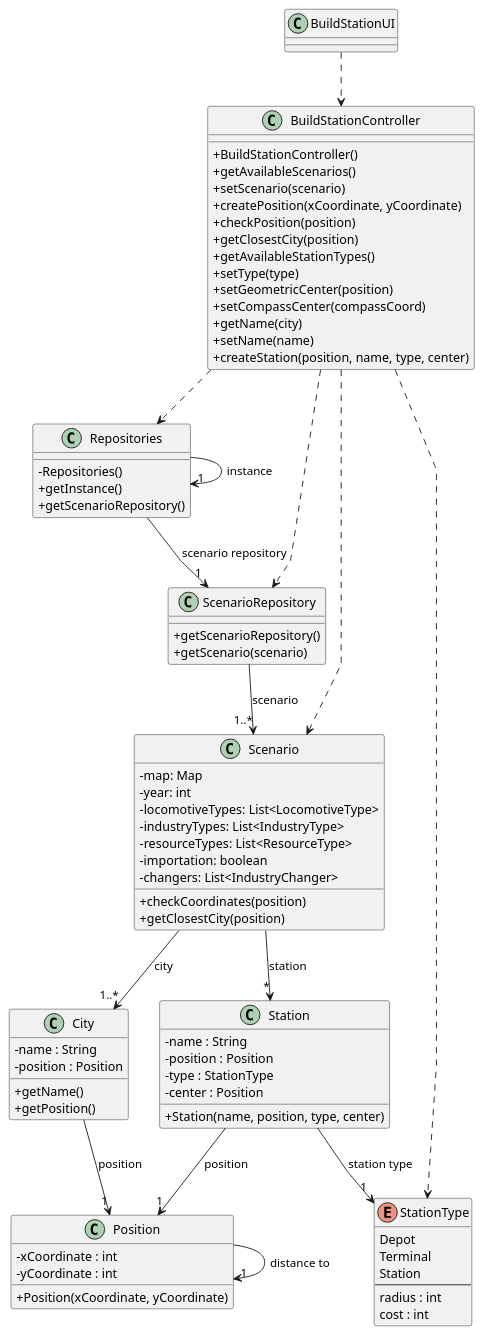
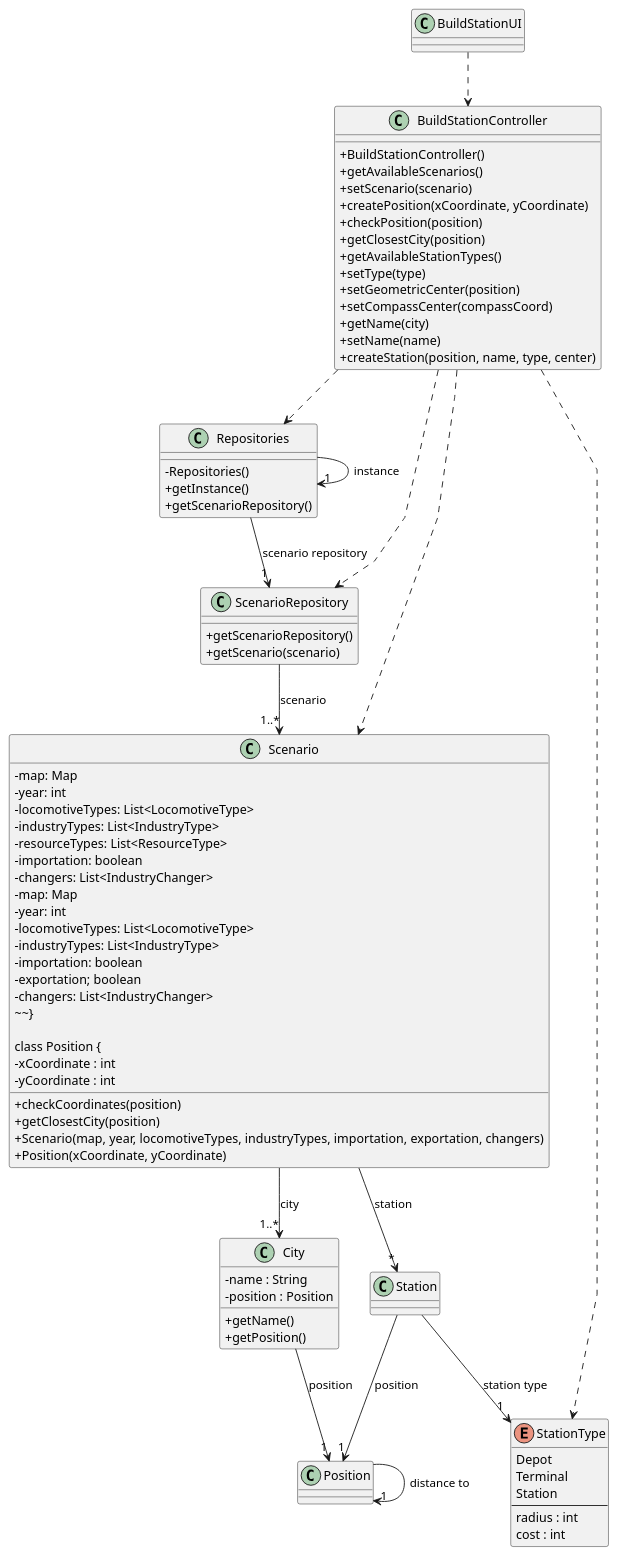
Before and after one commit to 1240935/pi2-railway-simulator: the diagram in Sprint2/US005/03.design/puml/US005-CD.puml, drawn with PlantUML. The commit also changed 29 other files, not shown here.

```diff
--- a/Sprint2/US005/03.design/puml/US005-CD.puml
+++ b/Sprint2/US005/03.design/puml/US005-CD.puml
@@ -1,99 +1,102 @@
 @startuml
 'skinparam monochrome true
 skinparam packageStyle rectangle
 skinparam shadowing false
 skinparam linetype polyline
 'skinparam linetype orto
 
 skinparam classAttributeIconSize 0
 
 'left to right direction
 
 class BuildStationUI {
 }
 
 class BuildStationController {
   +BuildStationController()
   +getAvailableScenarios()
   +setScenario(scenario)
   +createPosition(xCoordinate, yCoordinate)
   +checkPosition(position)
   +getClosestCity(position)
   +getAvailableStationTypes()
   +setType(type)
   +setGeometricCenter(position)
   +setCompassCenter(compassCoord)
   +getName(city)
   +setName(name)
   +createStation(position, name, type, center)
 }
 
 class Repositories {
       - Repositories()
       + getInstance()
       + getScenarioRepository()
   }
 
 class Scenario {
   -map: Map
   -year: int
   -locomotiveTypes: List<LocomotiveType>
   -industryTypes: List<IndustryType>
   -resourceTypes: List<ResourceType>
   -importation: boolean
   -changers: List<IndustryChanger>
   +checkCoordinates(position)
   +getClosestCity(position)
 }
 
 class City {
   -name : String
   -position : Position
   +getName()
   +getPosition()
 }
 
-class Station {
-  -name : String
-  -position : Position
-  -type : StationType
-  -center : Position
-  +Station(name, position, type, center)
-}
+class Scenario {
+       -map: Map
+       -year: int
+       -locomotiveTypes: List<LocomotiveType>
+       -industryTypes: List<IndustryType>
+       -importation: boolean
+       -exportation; boolean
+       -changers: List<IndustryChanger>
+       +Scenario(map, year, locomotiveTypes, industryTypes, importation, exportation, changers)
+~~}
 
 class Position {
   -xCoordinate : int
   -yCoordinate : int
   +Position(xCoordinate, yCoordinate)
 }
 
 enum StationType {
   Depot
   Terminal
   Station
   --
   radius : int
   cost : int
 }
 
 class ScenarioRepository {
   +getScenarioRepository()
   +getScenario(scenario)
 }
 
 BuildStationUI ..> BuildStationController
 BuildStationController ..> ScenarioRepository
 BuildStationController ..> Scenario
 BuildStationController ..> StationType
 BuildStationController ..> Repositories
 Repositories --> "1" ScenarioRepository : scenario repository
 Repositories -> "1" Repositories : instance
 ScenarioRepository --> "1..*" Scenario  : scenario
 Scenario --> "1..*" City : city
 Scenario --> "*" Station : station
 City --> "1" Position : position
 Station --> "1" Position : position
 Station --> "1" StationType : station type
 Position -> "1" Position : distance to
 
 @enduml
```
